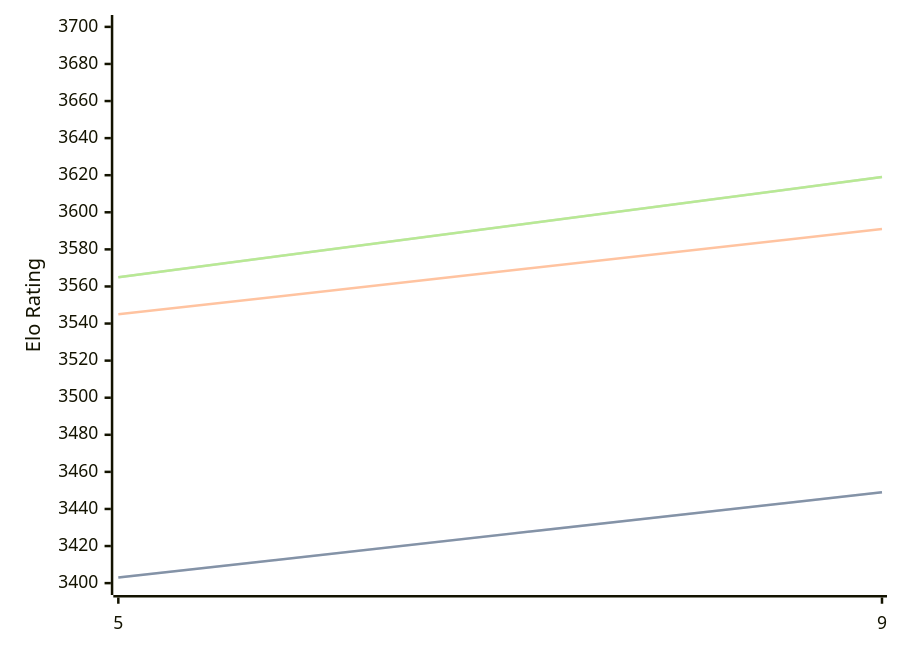
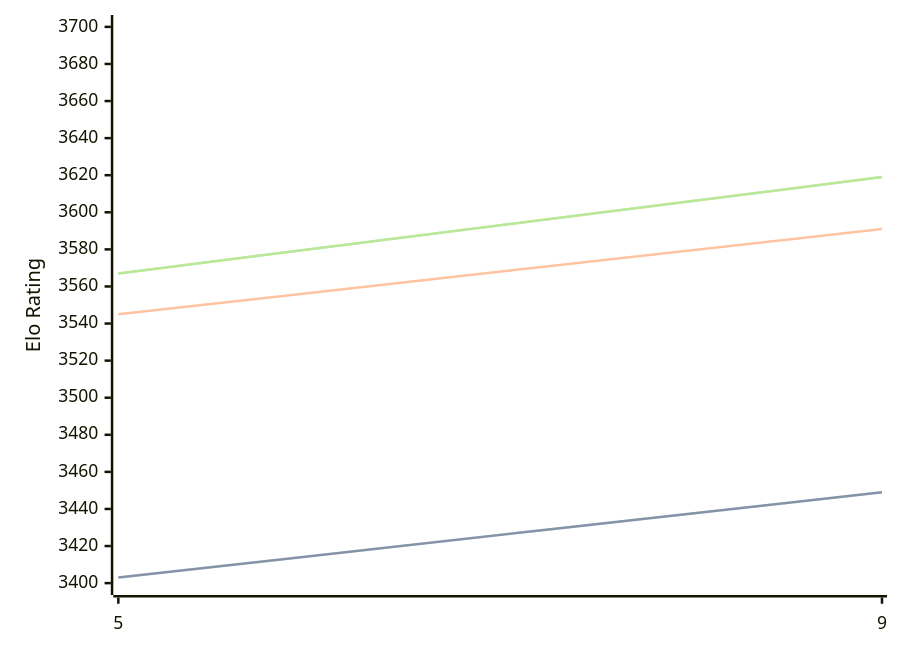
Before and after one commit to computer-chess-index/cci: the diagram in engines/Crystal.md, drawn with Mermaid. The commit also changed other lines of this file, not shown here.

Commit message:
Update CCI Ratings (ELO VLTC) - 2026-04-10

````diff
--- a/engines/Crystal.md
+++ b/engines/Crystal.md
@@ -60,11 +60,11 @@
 ```mermaid
 %%{init: {"theme":"base","themeVariables":{"seriesColors:['#a3a3a3','#222221','#faa371']}}}%%
 xychart-beta
   x-axis ["5", "9"]
   y-axis "Elo Rating" 3400 --> 3700
   line "STC (8.0+0.08s)" [3403, 3449]
   line "STC (8.0+0.08s)" [3403, 3449]
   line "LTC (60.0+0.60s)" [3545, 3591]
-  line "VLTC (2m24s+1.12s)" [3565, 3619]
-  line "VLTC (2m24s+1.12s)" [3565, 3619]
+  line "VLTC (2m24s+1.12s)" [3567, 3619]
+  line "VLTC (2m24s+1.12s)" [3567, 3619]
 ```
````
